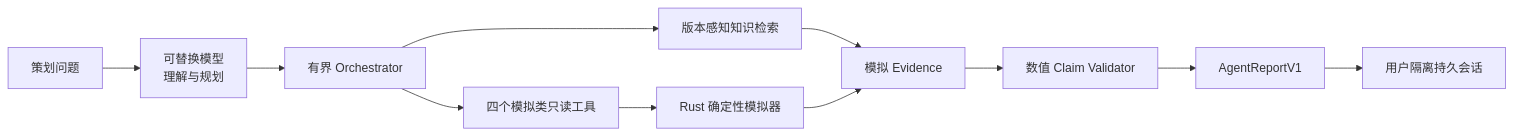
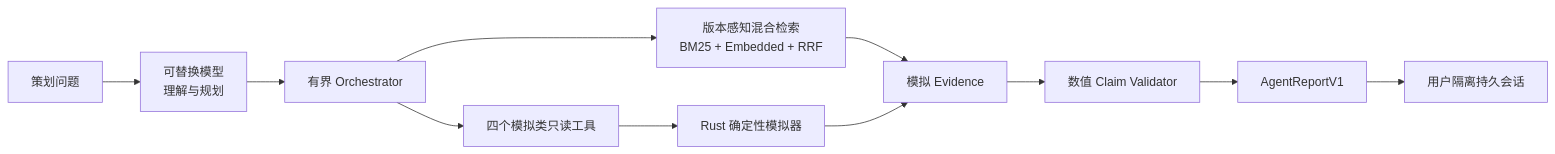
The diagram in docs/AGENT_PORTFOLIO_CASE_STUDY.md (LinXin-CMU/jx3-combat-sim), drawn with Mermaid before and after one commit. The commit also changed other lines of this file and 12 other files, not shown here.

````diff
--- a/docs/AGENT_PORTFOLIO_CASE_STUDY.md
+++ b/docs/AGENT_PORTFOLIO_CASE_STUDY.md
@@ -15,13 +15,13 @@
 ```mermaid
 flowchart LR
     Q[策划问题] --> LLM[可替换模型<br/>理解与规划]
     LLM --> R[有界 Orchestrator]
-    R --> K[版本感知知识检索]
+    R --> K[版本感知混合检索<br/>BM25 + Embedded + RRF]
     R --> T[四个模拟类只读工具]
     K --> E[资料 Evidence]
     T --> S[Rust 确定性模拟器]
     S --> E[模拟 Evidence]
     E --> V[数值 Claim Validator]
     V --> P[AgentReportV1]
     P --> H[用户隔离持久会话]
 ```
````
